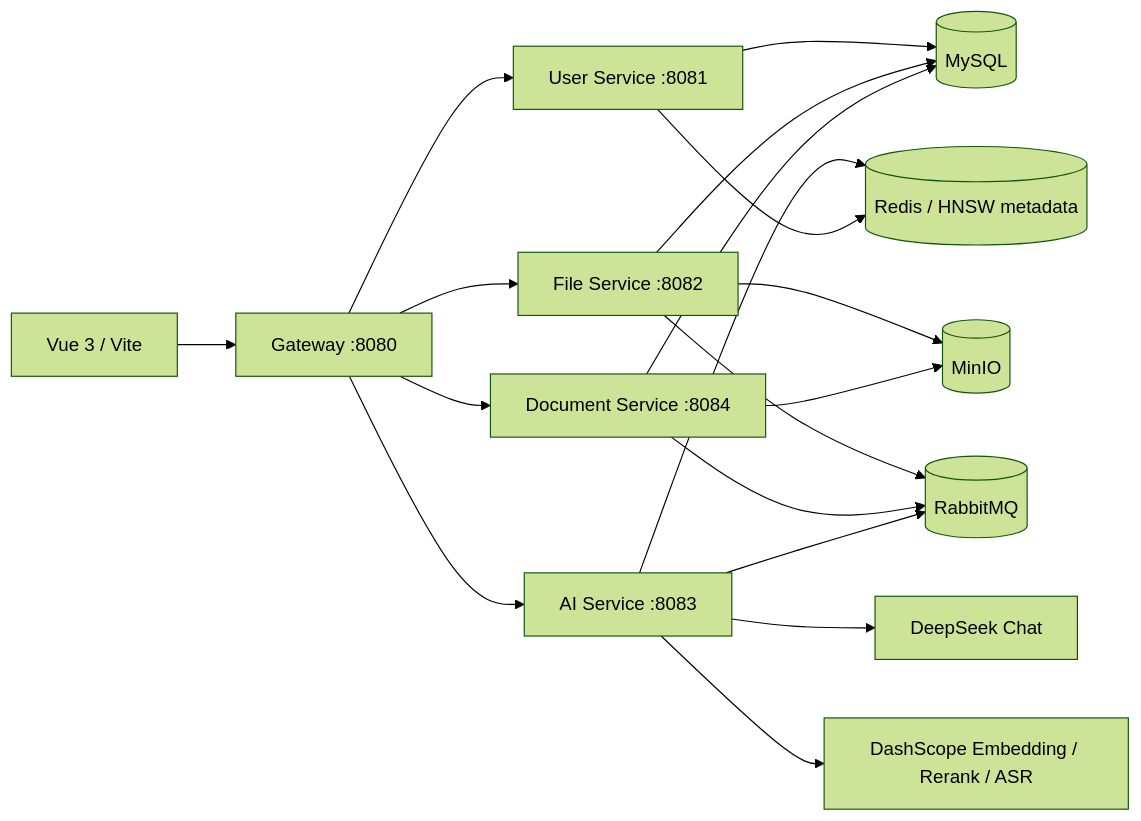
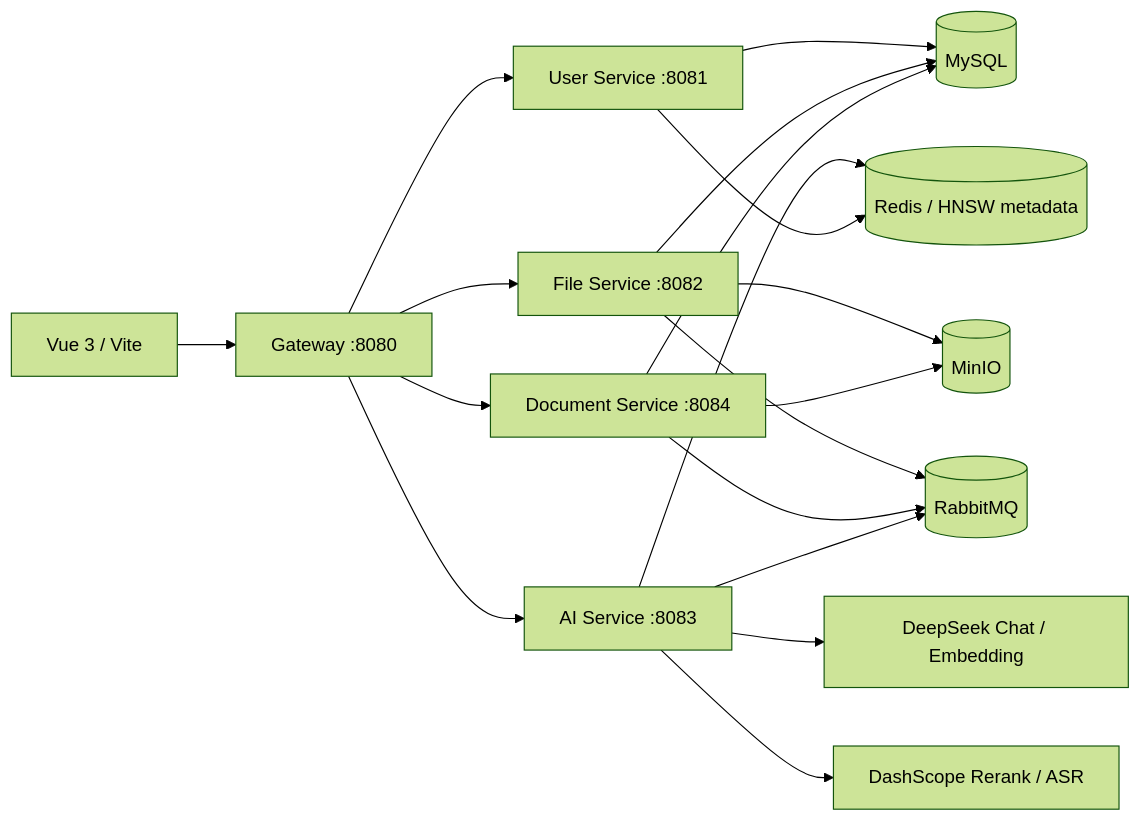
Before and after one commit to Jendeubang/SmartDoc: the diagram in readme.md, drawn with Mermaid (forest theme). The commit also changed other lines of this file and 285 other files, not shown here.

````diff
--- a/readme.md
+++ b/readme.md
@@ -17,20 +17,20 @@
 ```mermaid
 flowchart LR
     UI["Vue 3 / Vite"] --> GW["Gateway :8080"]
     GW --> USER["User Service :8081"]
     GW --> FILE["File Service :8082"]
     GW --> AI["AI Service :8083"]
     GW --> DOC["Document Service :8084"]
     FILE --> MINIO[(MinIO)]
     DOC --> MINIO
     USER --> MYSQL[(MySQL)]
     FILE --> MYSQL
     DOC --> MYSQL
     AI --> REDIS[(Redis / HNSW metadata)]
     USER --> REDIS
     FILE --> MQ[(RabbitMQ)]
     DOC --> MQ
     AI --> MQ
-    AI --> DEEPSEEK["DeepSeek Chat"]
-    AI --> DASHSCOPE["DashScope Embedding / Rerank / ASR"]
+    AI --> DEEPSEEK["DeepSeek Chat / Embedding"]
+    AI --> DASHSCOPE["DashScope Rerank / ASR"]
 ```
````
